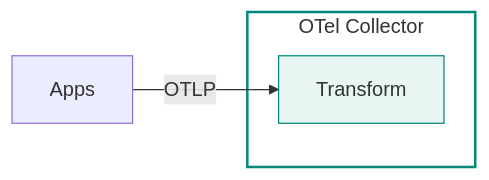
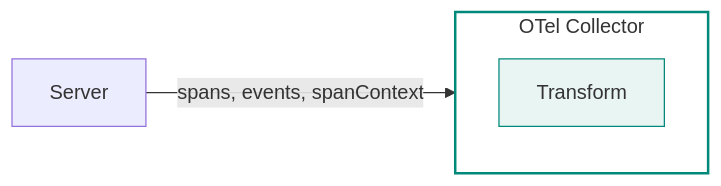
One commit to wiggitywhitney/kubecon-2026-gitops changed diagram 23 of 28 in slides/index.qmd. Above: the diagram before and after it, drawn with Mermaid. The commit also changed other lines of this file and 2 other files, not shown here.

First line of the commit message:
feat(prd-4): complete M5 — Scene 3-4 slides (Telemetry + Collector)

````diff
--- a/slides/index.qmd
+++ b/slides/index.qmd
@@ -705,10 +793,10 @@
 ```{mermaid}
 %%| fig-width: 10
 graph LR
-  apps["Apps"] -->|"OTLP"| transform
+  apps["Server"] -->|"spans, events, spanContext"| collector
   subgraph collector ["OTel Collector"]
     transform["Transform"]
   end
   style transform fill:#e8f5f3,stroke:#00897B
   style collector fill:none,stroke:#00897B,stroke-width:2px
 ```
````
